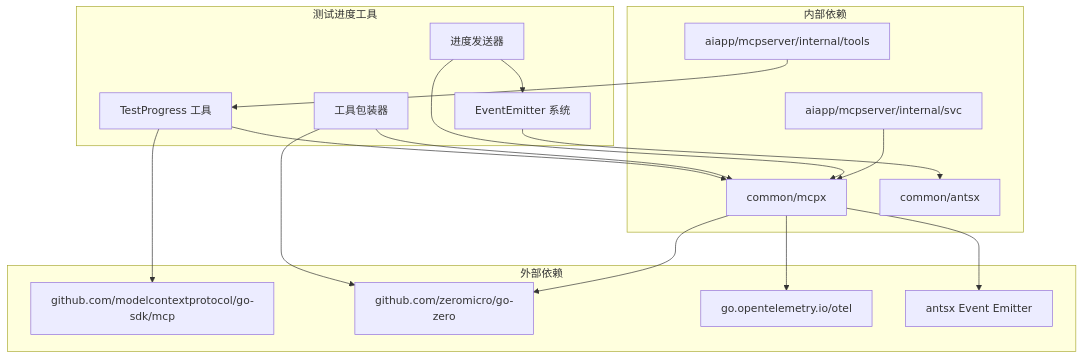
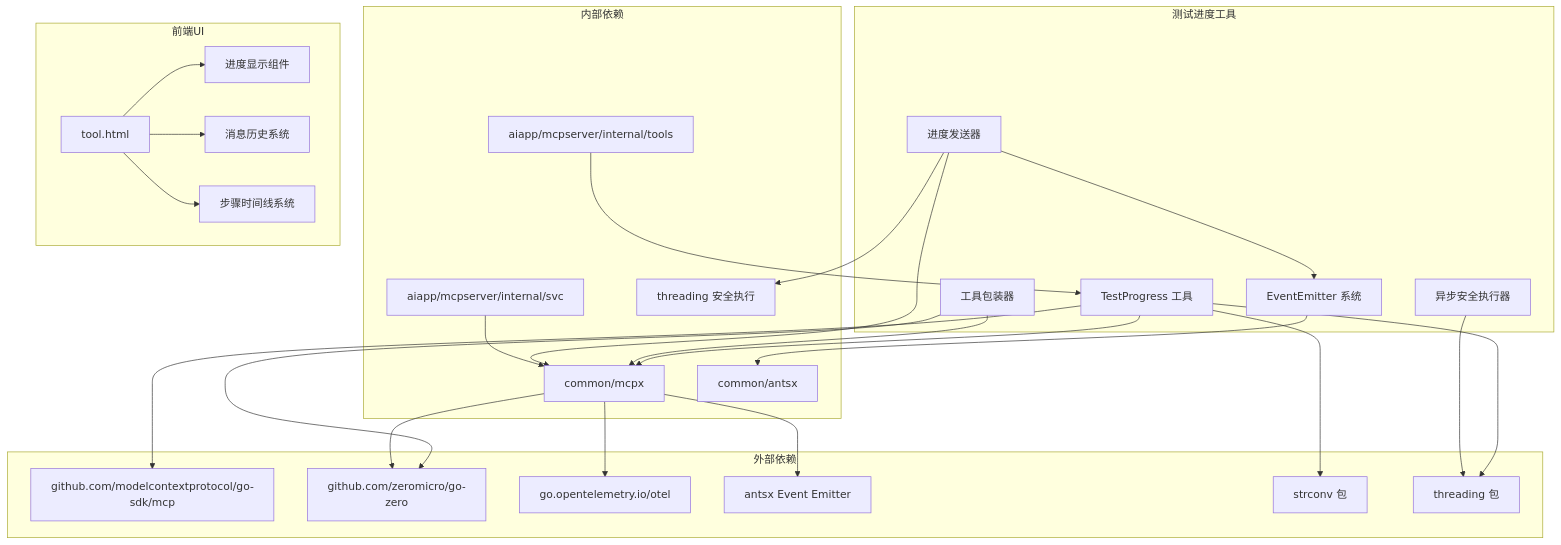
One commit to maomao94/zero-service changed the eighth of 9 diagrams in .qoder/repowiki/zh/content/Test Progress Tool.md. Above: the diagram before and after it, drawn with Mermaid. The commit also changed other lines of this file and 58 other files, not shown here.

````diff
--- a/.qoder/repowiki/zh/content/Test Progress Tool.md
+++ b/.qoder/repowiki/zh/content/Test Progress Tool.md
@@ -363,33 +540,50 @@
 ```mermaid
 graph TB
 subgraph "外部依赖"
 A[github.com/modelcontextprotocol/go-sdk/mcp]
 B[github.com/zeromicro/go-zero]
 C[go.opentelemetry.io/otel]
 D[antsx Event Emitter]
+E[strconv 包]
+F[threading 包]
 end
 subgraph "内部依赖"
-E[common/mcpx]
-F[aiapp/mcpserver/internal/tools]
-G[aiapp/mcpserver/internal/svc]
-H[common/antsx]
+G[common/mcpx]
+H[aiapp/mcpserver/internal/tools]
+I[aiapp/mcpserver/internal/svc]
+J[common/antsx]
+K[threading 安全执行]
 end
 subgraph "测试进度工具"
-I[TestProgress 工具]
-J[工具包装器]
-K[进度发送器]
-L[EventEmitter 系统]
+L[TestProgress 工具]
+M[异步安全执行器]
+N[工具包装器]
+O[进度发送器]
+P[EventEmitter 系统]
 end
-I --> E
-I --> A
-J --> E
-J --> B
-K --> E
-K --> L
-L --> H
-E --> B
-E --> C
-E --> D
-F --> I
-G --> E
+subgraph "前端UI"
+Q[tool.html]
+R[进度显示组件]
+S[消息历史系统]
+T[步骤时间线系统]
+end
+L --> G
+L --> A
+L --> E
+L --> F
+M --> F
+N --> G
+N --> B
+O --> G
+O --> P
+O --> K
+P --> J
+G --> B
+G --> C
+G --> D
+H --> L
+I --> G
+Q --> R
+Q --> S
+Q --> T
 ```
````
